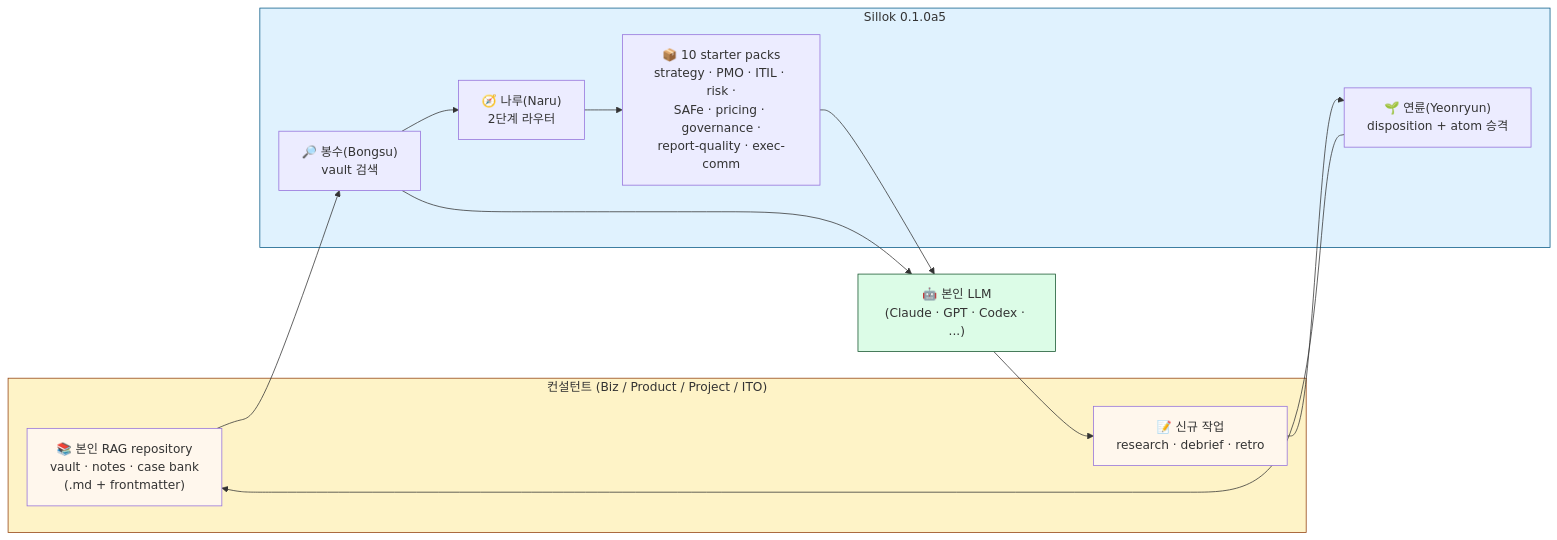
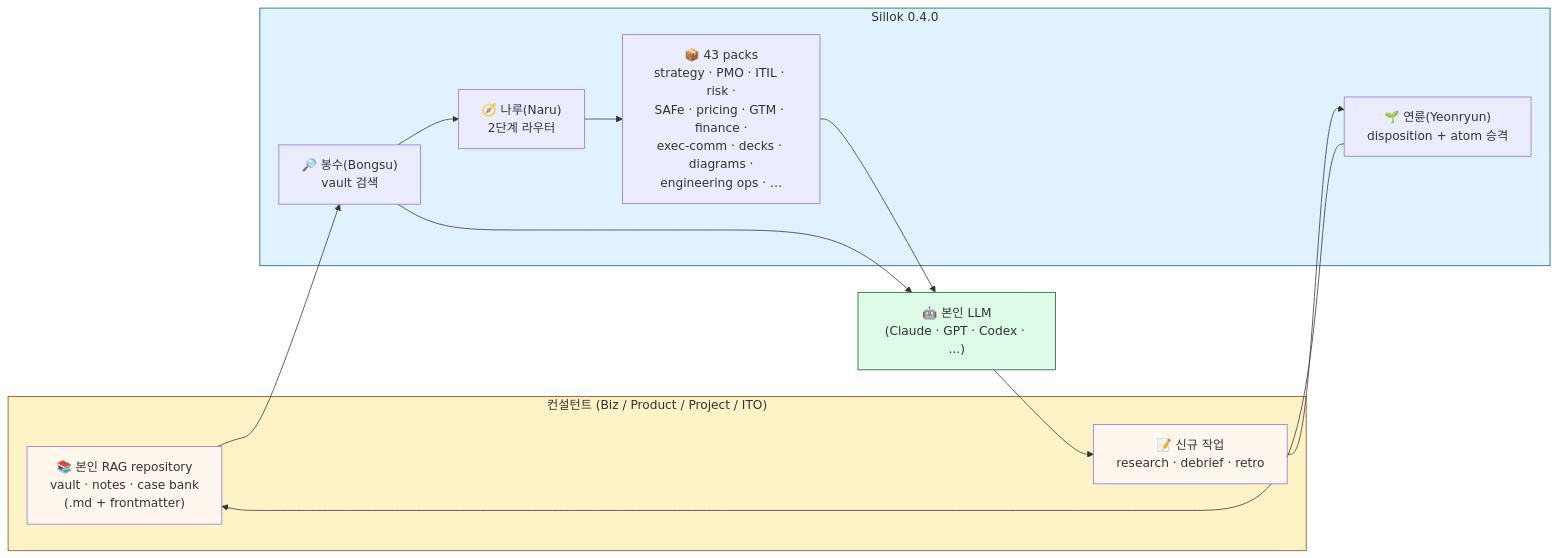
The first of 2 diagrams in README.ko.md (sillok-os/sillok), drawn with Mermaid before and after one commit. The commit also changed other lines of this file and 8 other files, not shown here.

````diff
--- a/README.ko.md
+++ b/README.ko.md
@@ -51,31 +56,31 @@
 ```mermaid
 flowchart LR
     subgraph YOU["컨설턴트 (Biz / Product / Project / ITO)"]
         VAULT["📚 본인 RAG repository<br/>vault · notes · case bank<br/>(.md + frontmatter)"]
         WORK["📝 신규 작업<br/>research · debrief · retro"]
     end
 
-    subgraph SILLOK["Sillok 0.1.0a5"]
-        PACKS["📦 10 starter packs<br/>strategy · PMO · ITIL · risk ·<br/>SAFe · pricing · governance ·<br/>report-quality · exec-comm"]
+    subgraph SILLOK["Sillok 0.4.0"]
+        PACKS["📦 43 packs<br/>strategy · PMO · ITIL · risk ·<br/>SAFe · pricing · GTM · finance ·<br/>exec-comm · decks · diagrams ·<br/>engineering ops · …"]
         ROUTER["🧭 나루(Naru)<br/>2단계 라우터"]
         SEARCH["🔎 봉수(Bongsu)<br/>vault 검색"]
         PROMOTE["🌱 연륜(Yeonryun)<br/>disposition + atom 승격"]
     end
 
     LLM["🤖 본인 LLM<br/>(Claude · GPT · Codex · ...)"]
 
     VAULT --> SEARCH
     SEARCH --> ROUTER
     ROUTER --> PACKS
     PACKS --> LLM
     SEARCH --> LLM
     LLM --> WORK
     WORK --> PROMOTE
     PROMOTE --> VAULT
 
     style YOU fill:#fef3c7,stroke:#92400e
     style SILLOK fill:#e0f2fe,stroke:#075985
     style VAULT fill:#fff7ed
     style WORK fill:#fff7ed
     style LLM fill:#dcfce7,stroke:#14532d
 ```
````
